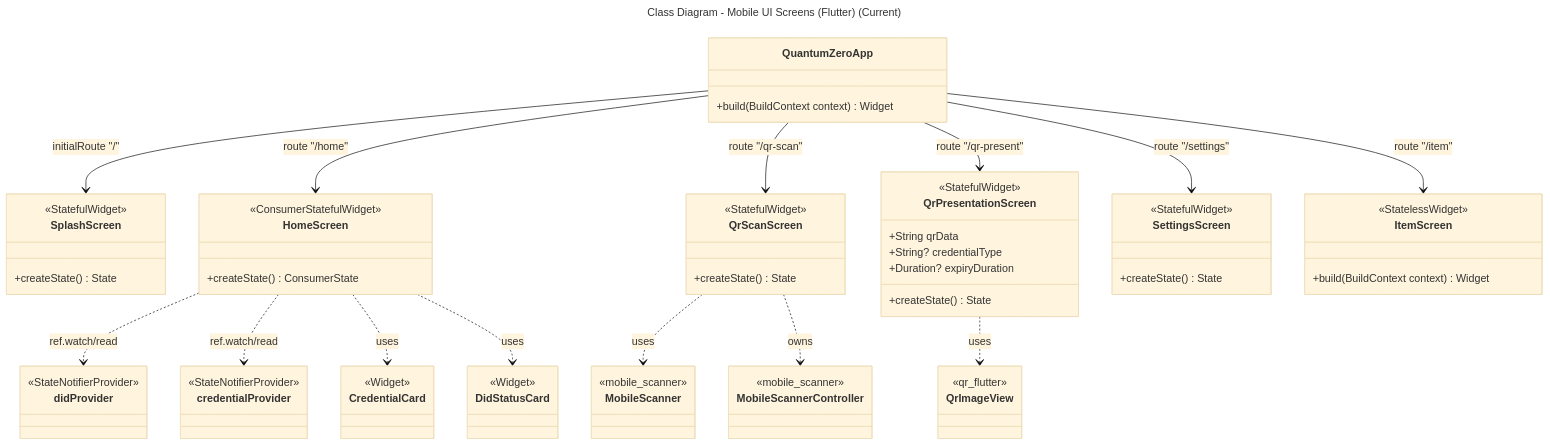
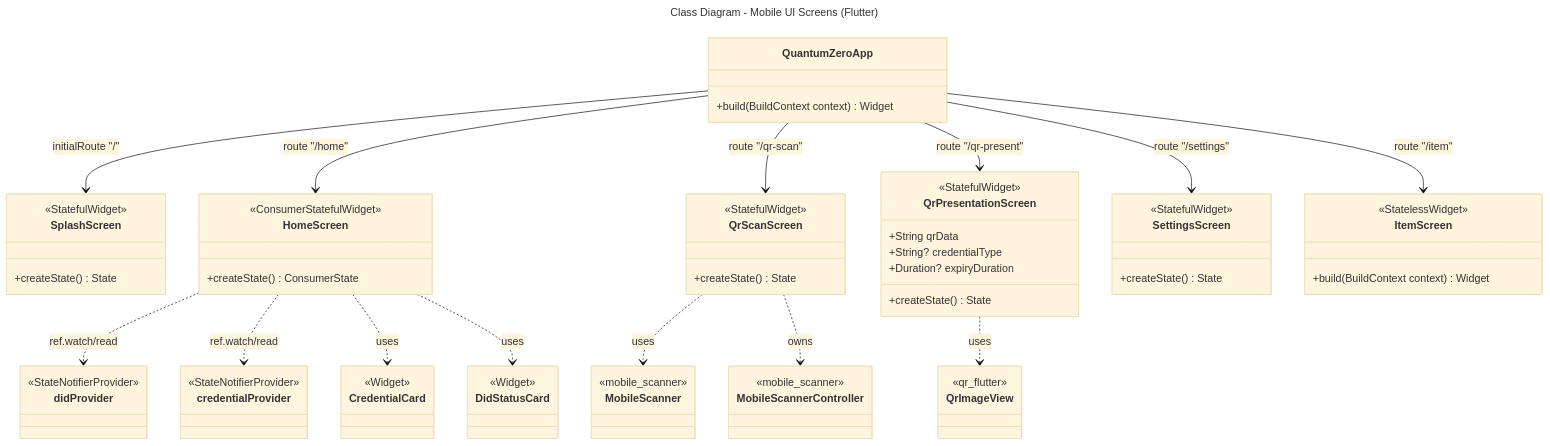
The diagram in diagrams/class-mobile-ui-screens.mmd (CHATEAUFORGE-LLC/QuantumZero), drawn with Mermaid before and after one commit. The commit also changed 53 other files, not shown here.

Commit message:
diagram refinement in preperation for sequence diagram review and enhancment

```diff
--- a/diagrams/class-mobile-ui-screens.mmd
+++ b/diagrams/class-mobile-ui-screens.mmd
@@ -1,90 +1,90 @@
 ---
-title: Class Diagram - Mobile UI Screens (Flutter) (Current)
+title: Class Diagram - Mobile UI Screens (Flutter)
 config:
   theme: base
 ---
 %% QuantumZero UML palette note: actors/external=#fff7e6/#b45309, system/component=#e0f2fe/#075985, datastore=#ecfccb/#4d7c0f, notes=#fff9c4/#d97706. Aligns diagrams to Deliverable 1 UML/DFD theme.
 %% Source of truth: QuantumZero-mobile/lib/main.dart and QuantumZero-mobile/lib/screens/*.dart
 %% References:
 %% - State management: diagrams/class-mobile-state-management.mmd
 %% - Shared widgets: QuantumZero-mobile/lib/shared/widgets/*.dart
 classDiagram
     class QuantumZeroApp {
         +build(BuildContext context) Widget
     }
 
     class SplashScreen {
         <<StatefulWidget>>
         +createState() State
     }
 
     class HomeScreen {
         <<ConsumerStatefulWidget>>
         +createState() ConsumerState
     }
 
     class QrScanScreen {
         <<StatefulWidget>>
         +createState() State
     }
 
     class QrPresentationScreen {
         <<StatefulWidget>>
         +String qrData
         +String? credentialType
         +Duration? expiryDuration
         +createState() State
     }
 
     class SettingsScreen {
         <<StatefulWidget>>
         +createState() State
     }
 
     class ItemScreen {
         <<StatelessWidget>>
         +build(BuildContext context) Widget
     }
 
     %% Riverpod providers (see class-mobile-state-management.mmd)
     class didProvider {
         <<StateNotifierProvider>>
     }
     class credentialProvider {
         <<StateNotifierProvider>>
     }
 
     %% Shared widgets
     class CredentialCard {
         <<Widget>>
     }
     class DidStatusCard {
         <<Widget>>
     }
 
     %% External UI libraries used directly by screens
     class MobileScanner {
         <<mobile_scanner>>
     }
     class MobileScannerController {
         <<mobile_scanner>>
     }
     class QrImageView {
         <<qr_flutter>>
     }
 
     QuantumZeroApp --> SplashScreen : initialRoute "/"
     QuantumZeroApp --> HomeScreen : route "/home"
     QuantumZeroApp --> ItemScreen : route "/item"
     QuantumZeroApp --> SettingsScreen : route "/settings"
     QuantumZeroApp --> QrScanScreen : route "/qr-scan"
     QuantumZeroApp --> QrPresentationScreen : route "/qr-present"
 
     HomeScreen ..> didProvider : ref.watch/read
     HomeScreen ..> credentialProvider : ref.watch/read
     HomeScreen ..> CredentialCard : uses
     HomeScreen ..> DidStatusCard : uses
 
     QrScanScreen ..> MobileScanner : uses
     QrScanScreen ..> MobileScannerController : owns
     QrPresentationScreen ..> QrImageView : uses
```
